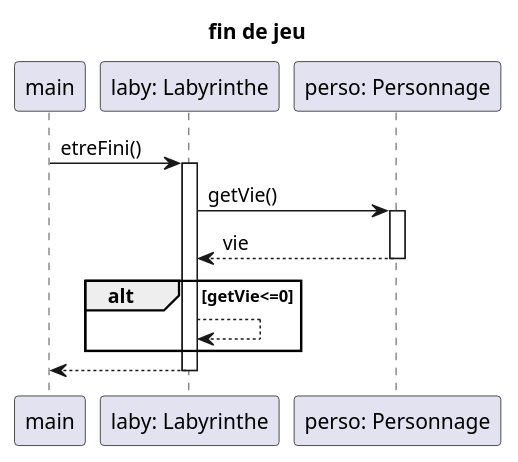
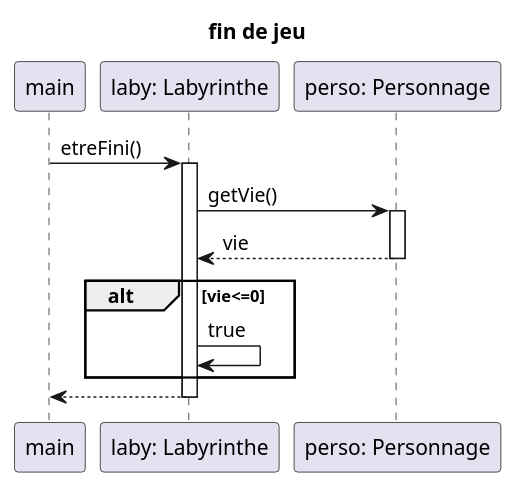
One commit to Jean-BaptisteEvan/2022_Zeldiablo_jeandidi3u_hary16u_jeanbap14u_dirand13u changed the diagram in zeldiablo/documents/version_3/diag_seq_fin_de_jeu.puml. Above: the diagram before and after it, drawn with PlantUML.

Commit message:
diag_seq_fin_de_jeu

```diff
--- a/zeldiablo/documents/version_3/diag_seq_fin_de_jeu.puml
+++ b/zeldiablo/documents/version_3/diag_seq_fin_de_jeu.puml
@@ -1,25 +1,25 @@
 @startuml
 title fin de jeu
 
 participant "main" as m
 participant "laby: Labyrinthe" as laby
 participant "perso: Personnage" as perso
 
 m -> laby : etreFini()
 activate laby
   laby -> perso : getVie()
     activate perso
 
     laby <-- perso : vie
   deactivate perso
 
-  alt getVie<=0
-    laby --> laby
+  alt vie<=0
+    laby -> laby : true
   end
 
 
   m <-- laby
 deactivate laby
 
 
 @enduml
```
